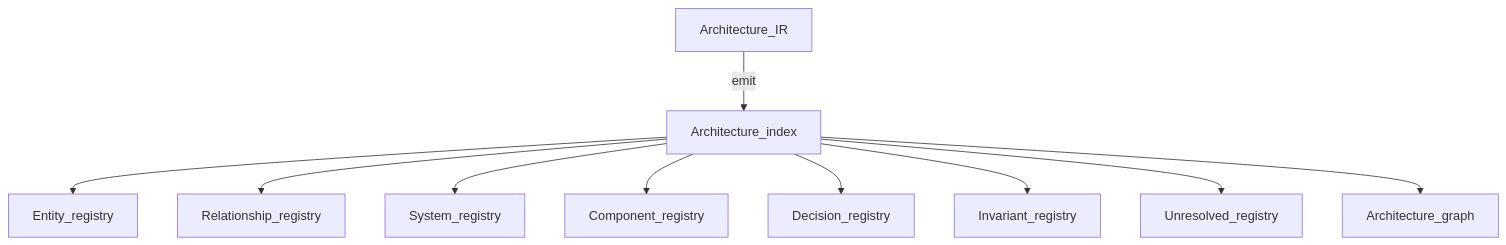
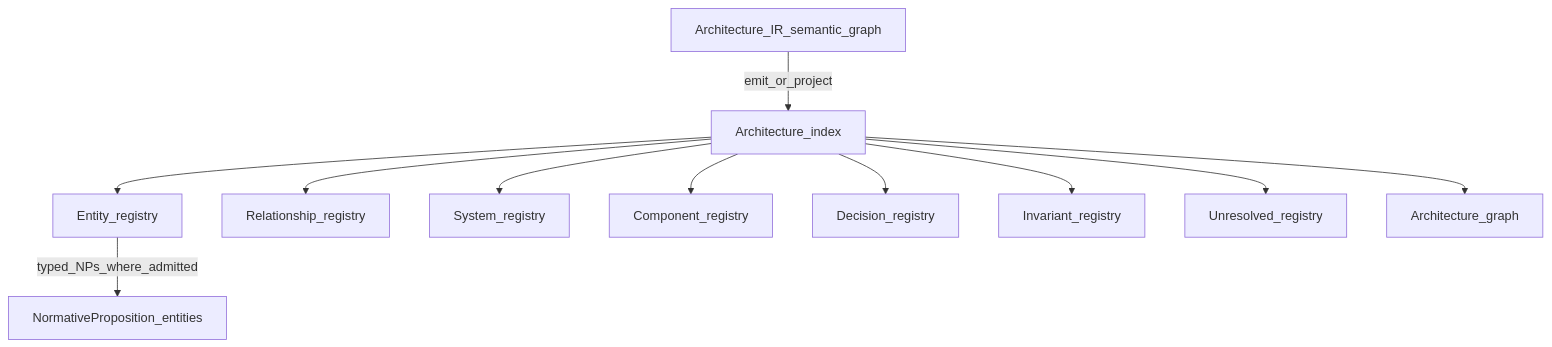
Before and after one commit to egallmann/ste-handbook: the diagram in diagrams/projection-bundle.mmd, drawn with Mermaid. The commit also changed 14 other files, not shown here.

First line of the commit message:
docs(part4): rebaseline architecture IR semantic model

```diff
--- a/diagrams/projection-bundle.mmd
+++ b/diagrams/projection-bundle.mmd
@@ -1,14 +1,17 @@
 %% Projection bundle over Architecture IR (Diagram E). Companion to 04-architecture-model/04-07-ir-as-a-graph.md.
+%% Registries are queryable embodiment/projection surfaces—not automatic Architecture IR ontology.
+%% Normative Propositions appear as typed entities in the entity registry where admitted; no separate NP registry invented.
 
 flowchart TB
-  IR[Architecture_IR]
+  IR[Architecture_IR_semantic_graph]
   IDX[Architecture_index]
-  IR -->|"emit"| IDX
+  IR -->|"emit_or_project"| IDX
   IDX --> ENT[Entity_registry]
   IDX --> REL[Relationship_registry]
   IDX --> SYS[System_registry]
   IDX --> CMP[Component_registry]
   IDX --> DEC[Decision_registry]
   IDX --> INV[Invariant_registry]
   IDX --> UNR[Unresolved_registry]
   IDX --> GRA[Architecture_graph]
+  ENT -->|"typed_NPs_where_admitted"| NP[NormativeProposition_entities]
```
